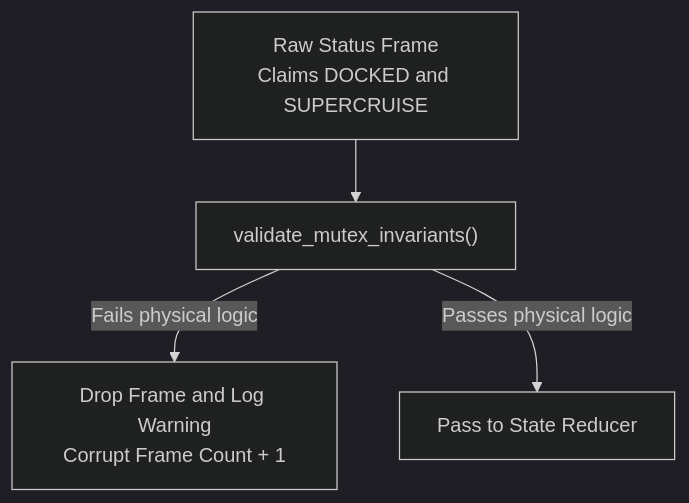
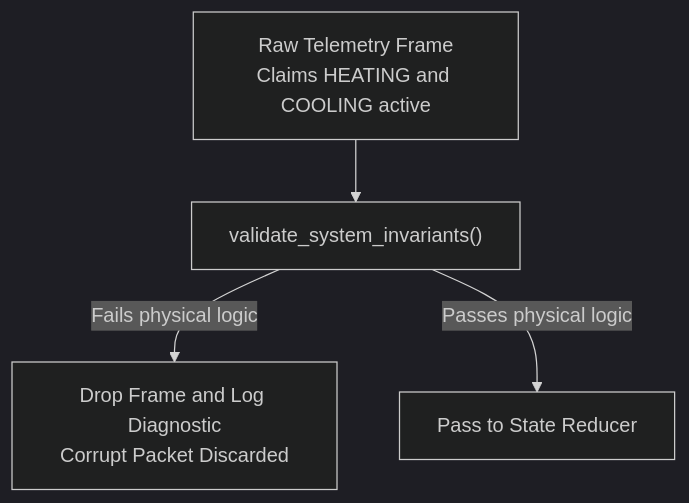
Before and after one commit to mnaatjes/ed-fleet-client: the seventh of 10 diagrams in architecture/notes/event_driven_telemetry_and_state_fundamentals.md, drawn with Mermaid (dark theme). The commit also changed other lines of this file, not shown here.

Commit message:
docs(architecture): rewrite fundamentals primer with domain-agnostic examples

````diff
--- a/architecture/notes/event_driven_telemetry_and_state_fundamentals.md
+++ b/architecture/notes/event_driven_telemetry_and_state_fundamentals.md
@@ -304,6 +306,6 @@
 ```mermaid
 flowchart TD
-    RawPacket["Raw Status Frame<br/>Claims DOCKED and SUPERCRUISE"] --> Gate["validate_mutex_invariants()"]
-    Gate -->|Fails physical logic| Reject["Drop Frame and Log Warning<br/>Corrupt Frame Count + 1"]
+    RawPacket["Raw Telemetry Frame<br/>Claims HEATING and COOLING active"] --> Gate["validate_system_invariants()"]
+    Gate -->|Fails physical logic| Reject["Drop Frame and Log Diagnostic<br/>Corrupt Packet Discarded"]
     Gate -->|Passes physical logic| Reducer["Pass to State Reducer"]
 ```
````
